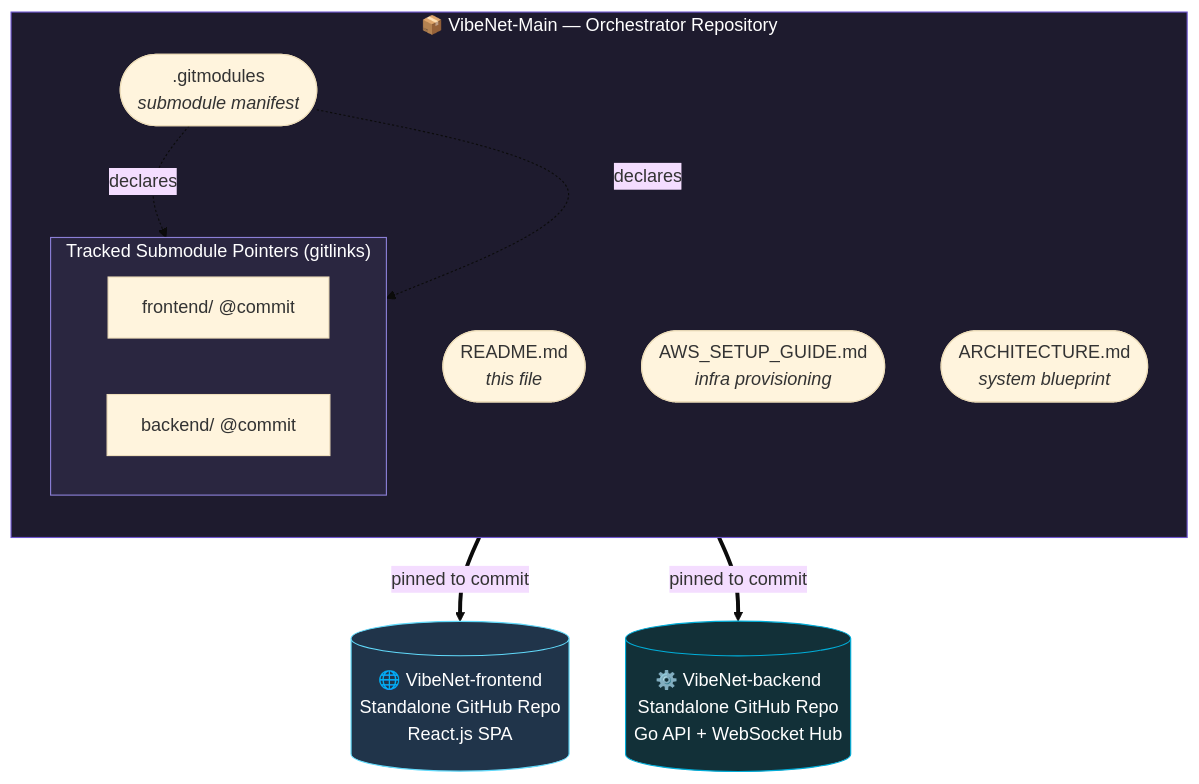
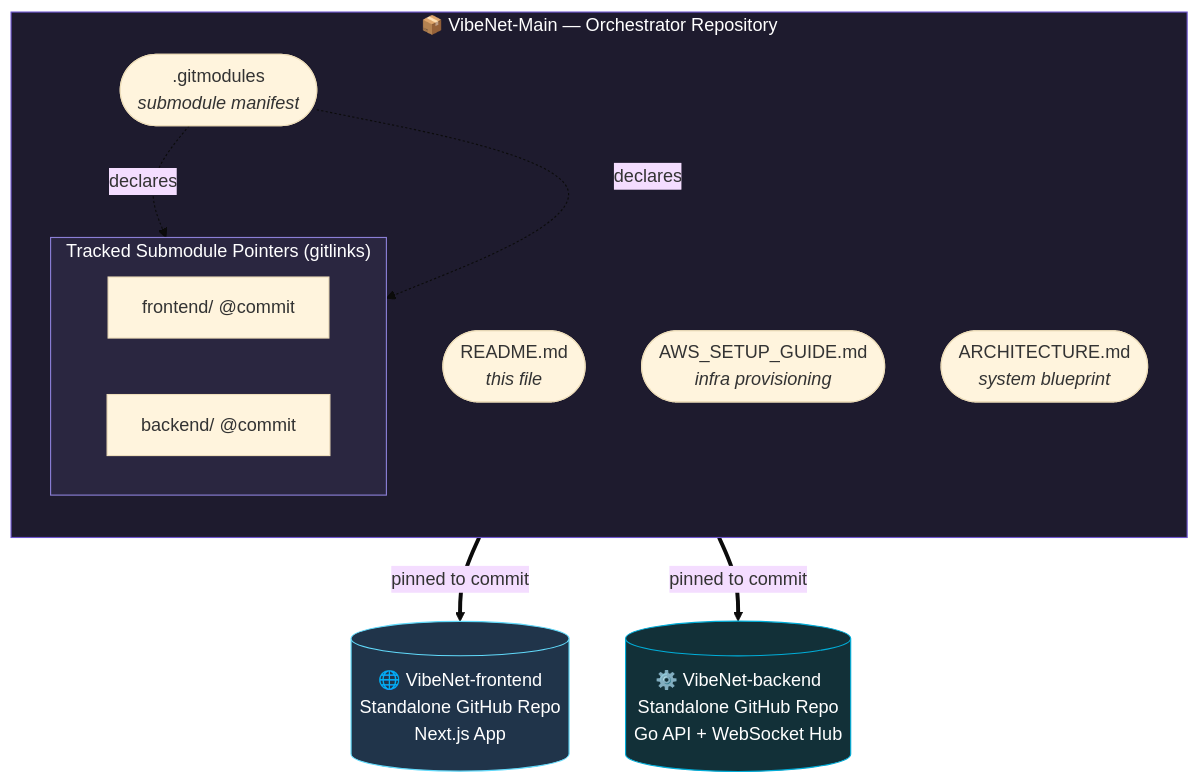
The first of 6 diagrams in README.md (ChamathDilshanC/VibeNet-Main), drawn with Mermaid (base theme) before and after one commit. The commit also changed other lines of this file and 1 other file, not shown here.

````diff
--- a/README.md
+++ b/README.md
@@ -41,29 +56,29 @@
 ```mermaid
 flowchart TB
     subgraph MAIN["📦 VibeNet-Main — Orchestrator Repository"]
         direction TB
         GM([".gitmodules<br/><i>submodule manifest</i>"])
         README(["README.md<br/><i>this file</i>"])
         GUIDE(["AWS_SETUP_GUIDE.md<br/><i>infra provisioning</i>"])
         ARCH(["ARCHITECTURE.md<br/><i>system blueprint</i>"])
 
         subgraph SUBS["Tracked Submodule Pointers (gitlinks)"]
             direction LR
             FE_PTR["frontend/ @commit"]
             BE_PTR["backend/ @commit"]
         end
     end
 
-    FE_REPO[("🌐 VibeNet-frontend<br/>Standalone GitHub Repo<br/>React.js SPA")]
+    FE_REPO[("🌐 VibeNet-frontend<br/>Standalone GitHub Repo<br/>Next.js App")]
     BE_REPO[("⚙️ VibeNet-backend<br/>Standalone GitHub Repo<br/>Go API + WebSocket Hub")]
 
     GM -.->|"declares"| FE_PTR
     GM -.->|"declares"| BE_PTR
     FE_PTR ==>|"pinned to commit"| FE_REPO
     BE_PTR ==>|"pinned to commit"| BE_REPO
 
     style MAIN fill:#1e1b2e,stroke:#6E56CF,color:#fff
     style SUBS fill:#2a2640,stroke:#8b7fd6,color:#fff
     style FE_REPO fill:#20344a,stroke:#61DAFB,color:#fff
     style BE_REPO fill:#123038,stroke:#00ADD8,color:#fff
 ```
````
